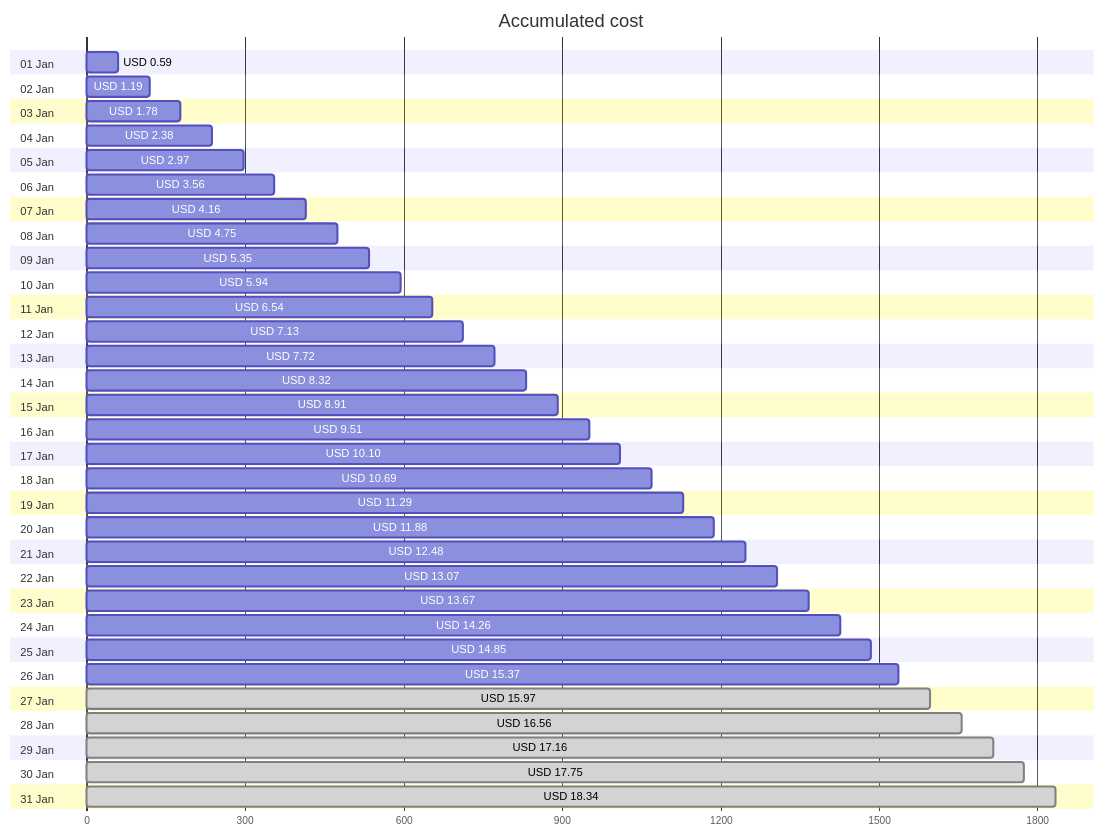
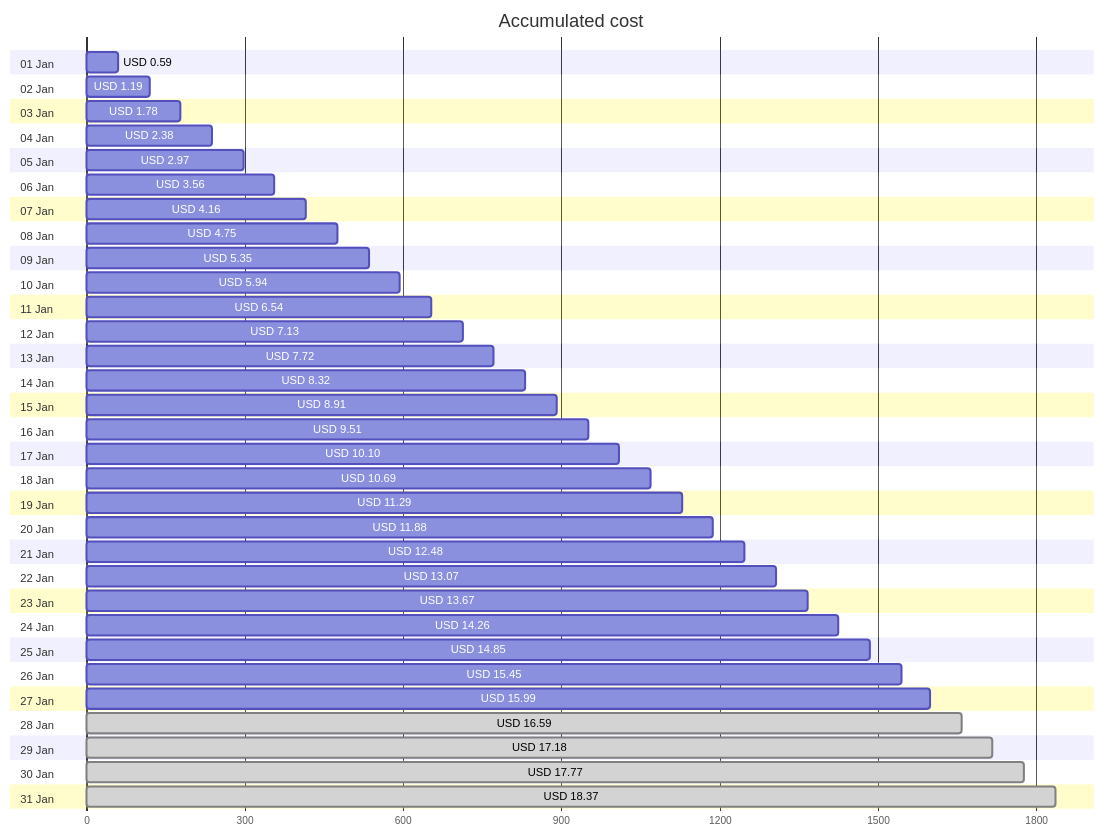
One commit to jpfulton/azure-personal-reports changed the first of 4 diagrams in cost-reports/personal-site/README.md. Above: the diagram before and after it, drawn with Mermaid. The commit also changed other lines of this file and 6 other files, not shown here.

````diff
--- a/cost-reports/personal-site/README.md
+++ b/cost-reports/personal-site/README.md
@@ -20,68 +20,68 @@
 ```mermaid
 gantt
    title Accumulated cost
    dateFormat  X
    axisFormat %s
    section 01 Jan
    USD 0.59 :0, 59
    section 02 Jan
    USD 1.19 :0, 119
    section 03 Jan
    USD 1.78 :0, 178
    section 04 Jan
    USD 2.38 :0, 238
    section 05 Jan
    USD 2.97 :0, 297
    section 06 Jan
    USD 3.56 :0, 356
    section 07 Jan
    USD 4.16 :0, 416
    section 08 Jan
    USD 4.75 :0, 475
    section 09 Jan
    USD 5.35 :0, 535
    section 10 Jan
    USD 5.94 :0, 594
    section 11 Jan
    USD 6.54 :0, 654
    section 12 Jan
    USD 7.13 :0, 713
    section 13 Jan
    USD 7.72 :0, 772
    section 14 Jan
    USD 8.32 :0, 832
    section 15 Jan
    USD 8.91 :0, 891
    section 16 Jan
    USD 9.51 :0, 951
    section 17 Jan
    USD 10.10 :0, 1010
    section 18 Jan
    USD 10.69 :0, 1069
    section 19 Jan
    USD 11.29 :0, 1129
    section 20 Jan
    USD 11.88 :0, 1188
    section 21 Jan
    USD 12.48 :0, 1248
    section 22 Jan
    USD 13.07 :0, 1307
    section 23 Jan
    USD 13.67 :0, 1367
    section 24 Jan
    USD 14.26 :0, 1426
    section 25 Jan
    USD 14.85 :0, 1485
    section 26 Jan
-   USD 15.37 :0, 1537
+   USD 15.45 :0, 1545
    section 27 Jan
-   USD 15.97 : done, 0, 1597
+   USD 15.99 :0, 1599
    section 28 Jan
-   USD 16.56 : done, 0, 1656
+   USD 16.59 : done, 0, 1659
    section 29 Jan
-   USD 17.16 : done, 0, 1716
+   USD 17.18 : done, 0, 1718
    section 30 Jan
-   USD 17.75 : done, 0, 1775
+   USD 17.77 : done, 0, 1777
    section 31 Jan
-   USD 18.34 : done, 0, 1834
+   USD 18.37 : done, 0, 1837
 ```
````
